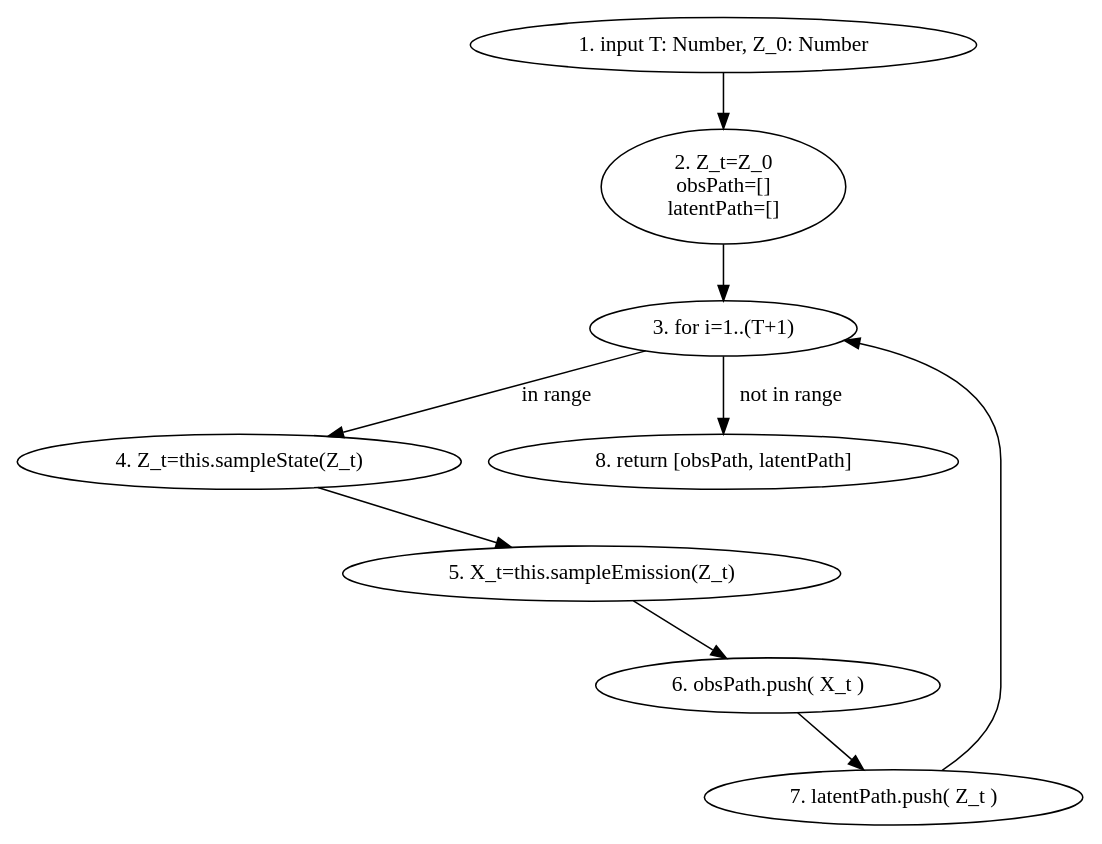
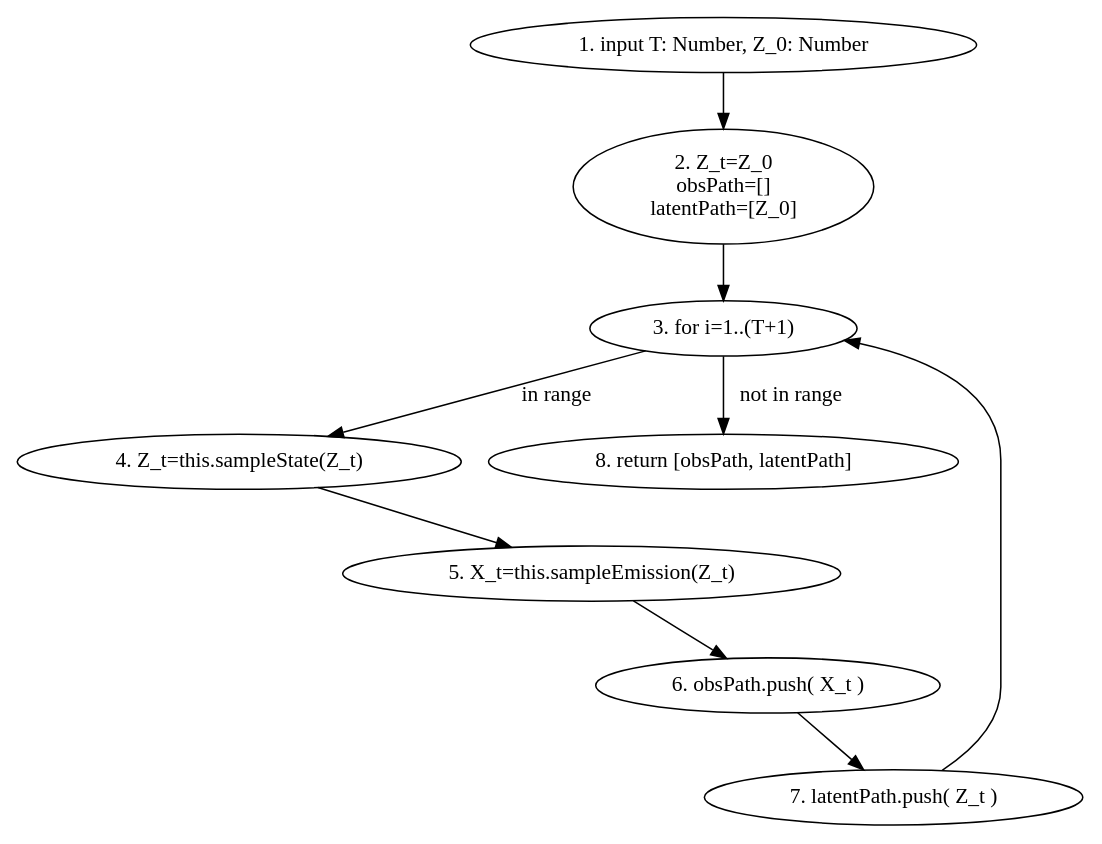
Before and after one commit to drakexcaptainop/p5t: the diagram in test_graphs/scripts/hmm/samplePath.dot, drawn with Graphviz. The commit also changed 30 other files, not shown here.

```diff
--- a/test_graphs/scripts/hmm/samplePath.dot
+++ b/test_graphs/scripts/hmm/samplePath.dot
@@ -1,15 +1,15 @@
 digraph G{
     INP [label="1. input T: Number, Z_0: Number"]
-    SET1 [label="2. Z_t=Z_0\nobsPath=[]\nlatentPath=[]"]
+    SET1 [label="2. Z_t=Z_0\nobsPath=[]\nlatentPath=[Z_0]"]
     FOR [label="3. for i=1..(T+1)"]
     SET2 [label="4. Z_t=this.sampleState(Z_t)"]
     SET3 [label="5. X_t=this.sampleEmission(Z_t)"]
     SET4 [label="6. obsPath.push( X_t )"]
     SET5 [label="7. latentPath.push( Z_t )"]
     RET [label="8. return [obsPath, latentPath]"]
 
     INP -> SET1 -> FOR 
     FOR -> SET2 [label="in range"]
     SET2 -> SET3 -> SET4 -> SET5 -> FOR 
     FOR -> RET [label="not in range"]
 }
```
